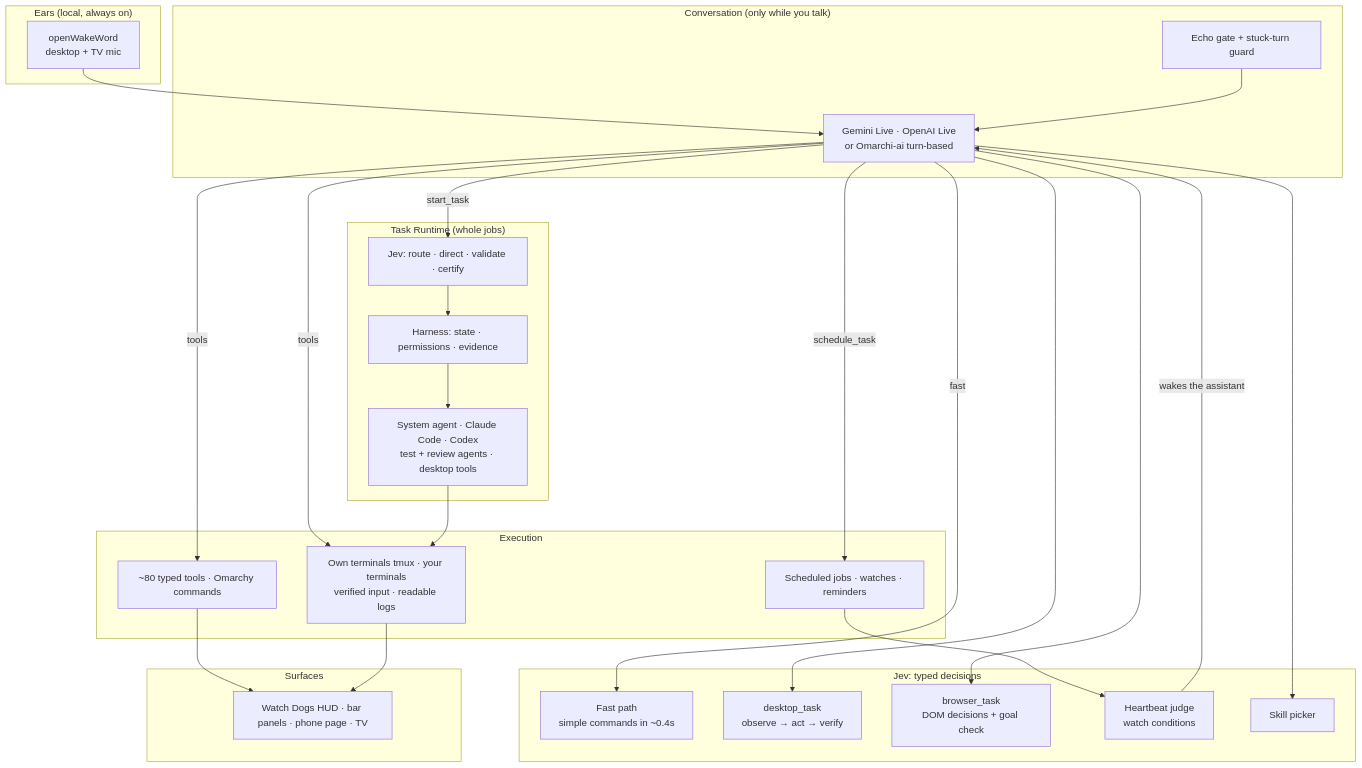
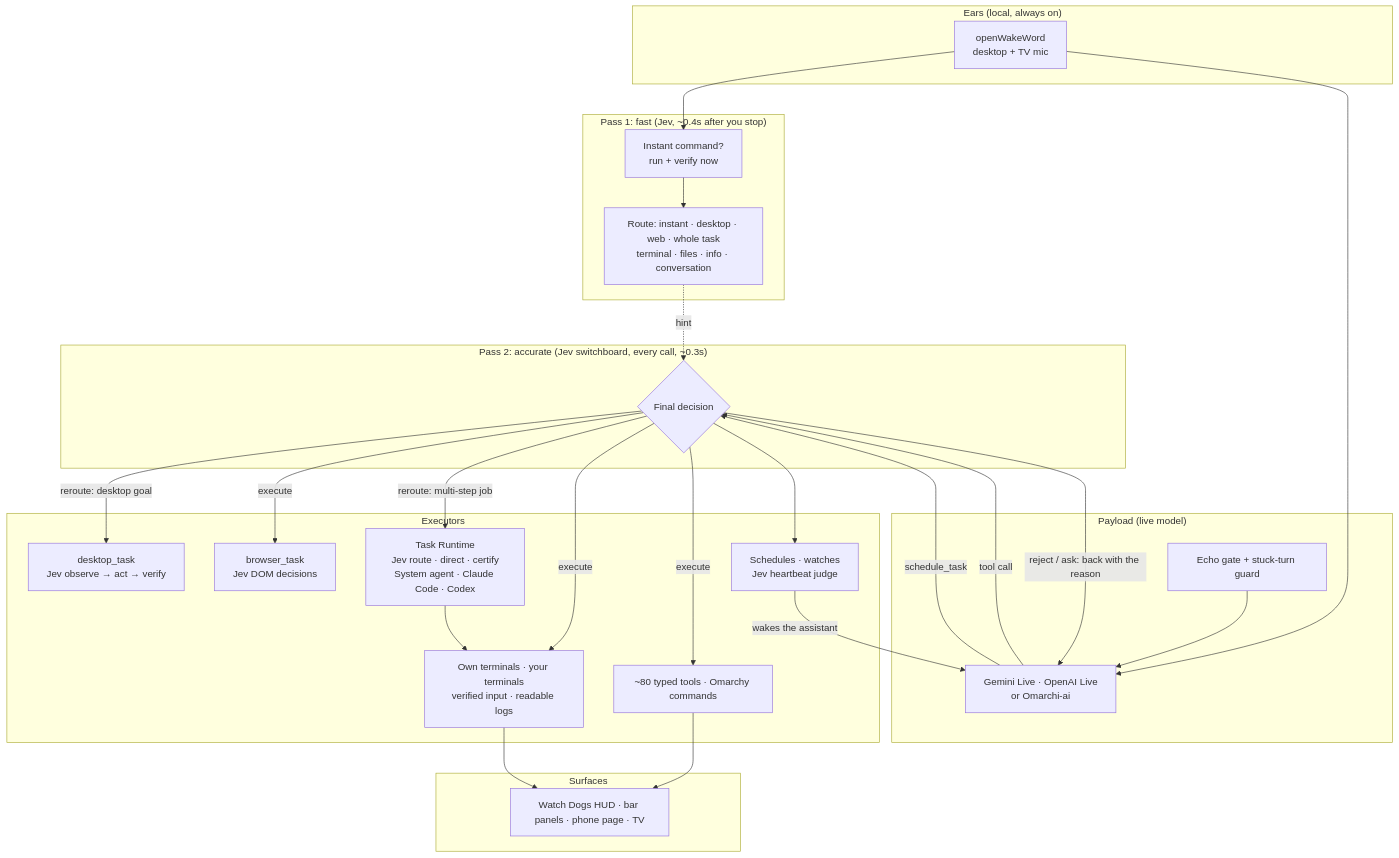
One commit to omribenami/Omarchy-AI changed the first of 2 diagrams in README.md. Above: the diagram before and after it, drawn with Mermaid. The commit also changed other lines of this file and 8 other files, not shown here.

First line of the commit message:
Jev switchboard: Jev makes the final routing decision on every tool call

````diff
--- a/README.md
+++ b/README.md
@@ -132,41 +134,42 @@
 ```mermaid
 flowchart TB
     subgraph Ears["Ears (local, always on)"]
         W[openWakeWord<br/>desktop + TV mic]
     end
-    subgraph Voice["Conversation (only while you talk)"]
-        L[Gemini Live · OpenAI Live<br/>or Omarchi-ai turn-based]
+    subgraph Pass1["Pass 1: fast (Jev, ~0.4s after you stop)"]
+        F[Instant command?<br/>run + verify now]
+        RT[Route: instant · desktop · web · whole task<br/>terminal · files · info · conversation]
+    end
+    subgraph Voice["Payload (live model)"]
+        L[Gemini Live · OpenAI Live<br/>or Omarchi-ai]
         G[Echo gate + stuck-turn guard]
     end
-    subgraph Jev["Jev: typed decisions"]
-        F[Fast path<br/>simple commands in ~0.4s]
-        D[desktop_task<br/>observe → act → verify]
-        B[browser_task<br/>DOM decisions + goal check]
-        H[Heartbeat judge<br/>watch conditions]
-        S[Skill picker]
+    subgraph Pass2["Pass 2: accurate (Jev switchboard, every call, ~0.3s)"]
+        SB{Final decision}
     end
-    subgraph Runtime["Task Runtime (whole jobs)"]
-        R[Jev: route · direct · validate · certify]
-        X[Harness: state · permissions · evidence]
-        E[System agent · Claude Code · Codex<br/>test + review agents · desktop tools]
-    end
-    subgraph Hands["Execution"]
+    subgraph Exec["Executors"]
         T[~80 typed tools · Omarchy commands]
-        K[Own terminals tmux · your terminals<br/>verified input · readable logs]
-        A[Scheduled jobs · watches · reminders]
+        K[Own terminals · your terminals<br/>verified input · readable logs]
+        D[desktop_task<br/>Jev observe → act → verify]
+        B[browser_task<br/>Jev DOM decisions]
+        R[Task Runtime<br/>Jev route · direct · certify<br/>System agent · Claude Code · Codex]
+        A[Schedules · watches<br/>Jev heartbeat judge]
     end
     subgraph Surfaces
         U[Watch Dogs HUD · bar panels · phone page · TV]
     end
-    W --> L
+    W --> F & L
     G --> L
-    L -- tools --> T & K
-    L -- fast --> F
-    L --> D & B & S
-    L -- start_task --> R
-    R --> X --> E
-    E --> K
-    L -- schedule_task --> A
-    A --> H -- wakes the assistant --> L
+    F --> RT
+    RT -. hint .-> SB
+    L -- tool call --> SB
+    SB -- execute --> T & K & B
+    SB -- "reroute: desktop goal" --> D
+    SB -- "reroute: multi-step job" --> R
+    SB -- "reject / ask: back with the reason" --> L
+    L -- schedule_task --> SB
+    SB --> A
+    A -- wakes the assistant --> L
+    R --> K
     T & K --> U
 ```
````
